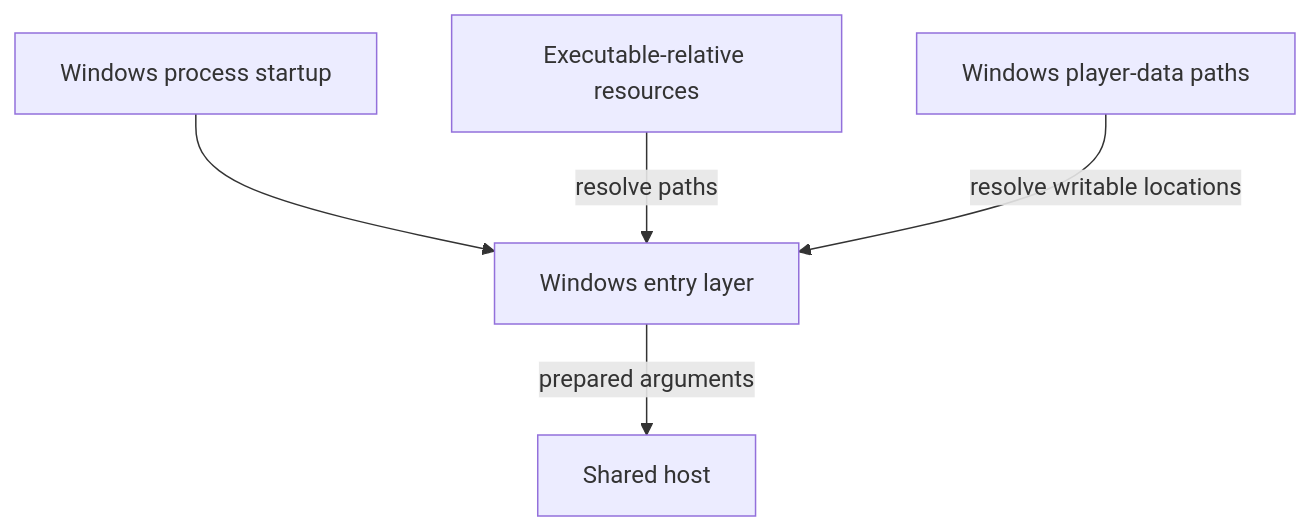
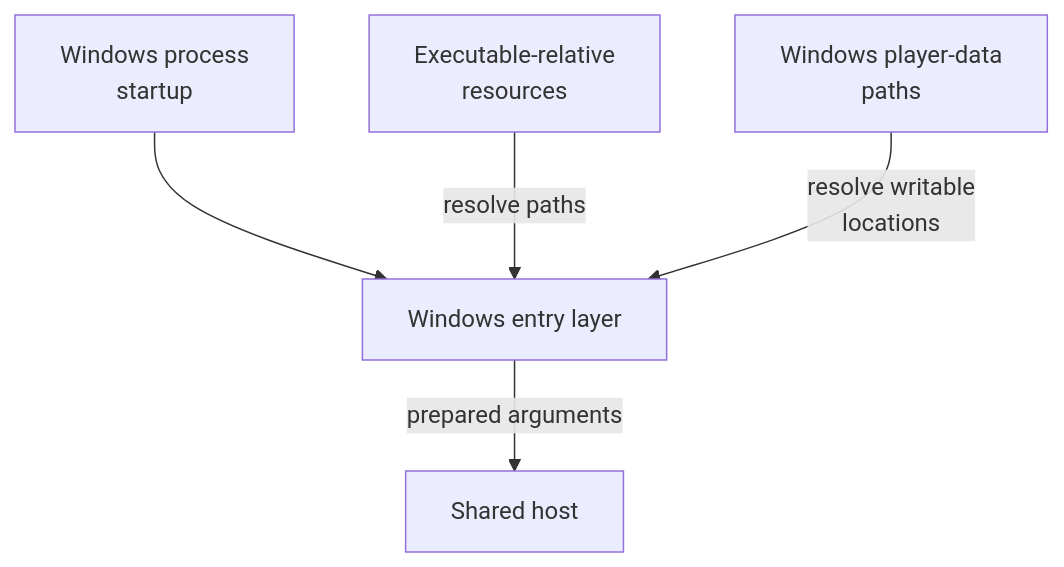
The fourth of 9 diagrams in docs/architecture/Host.md (Aelbannan/boat_of_daphnes), drawn with Mermaid before and after one commit. The commit also changed other lines of this file and 7 other files, not shown here.

Commit message:
Wrap Mermaid diagram labels

````diff
--- a/docs/architecture/Host.md
+++ b/docs/architecture/Host.md
@@ -117,13 +117,13 @@
 ```mermaid
 flowchart TD
-    Start["Windows process startup"]
+    Start["Windows process<br/>startup"]
     Entry["Windows entry layer"]
-    Resources["Executable-relative resources"]
-    Data["Windows player-data paths"]
+    Resources["Executable-relative<br/>resources"]
+    Data["Windows player-data<br/>paths"]
     Host["Shared host"]
 
     Start --> Entry
     Resources -->|"resolve paths"| Entry
-    Data -->|"resolve writable locations"| Entry
+    Data -->|"resolve writable<br/>locations"| Entry
     Entry -->|"prepared arguments"| Host
 ```
````
